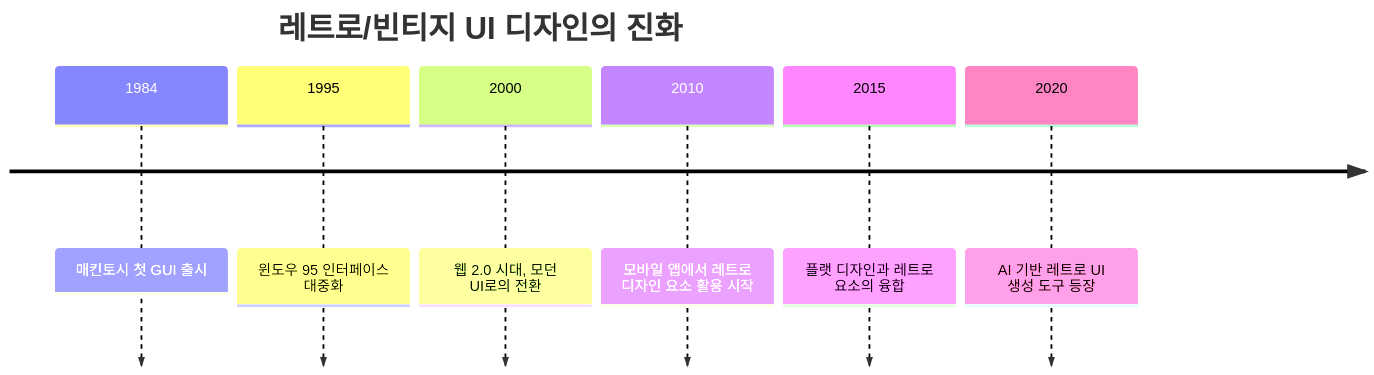
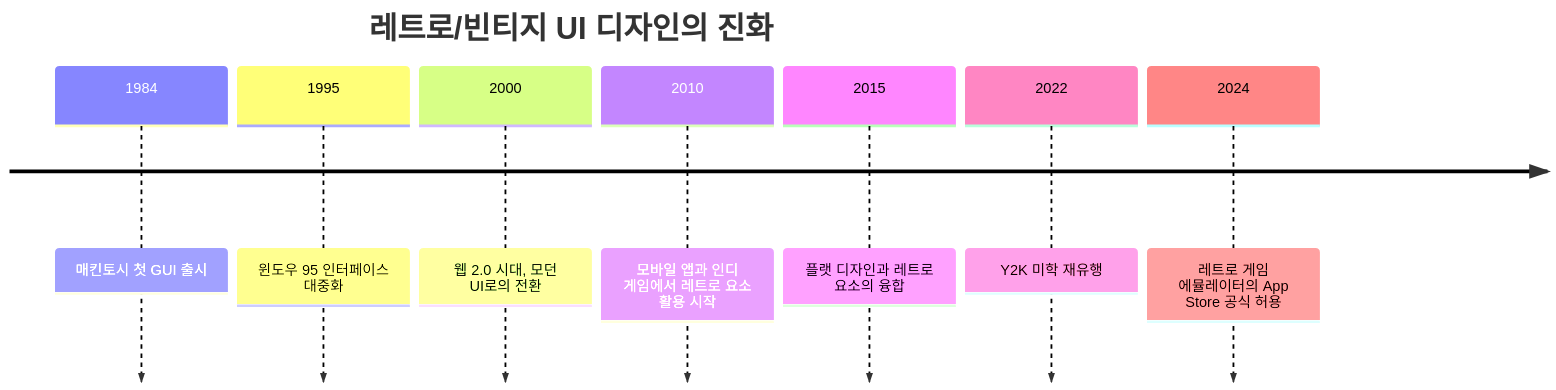
One commit to saejinpark/saejinpark.github.io changed the diagram in _posts/design/style/2024-08-25-retro_vintage.md. Above: the diagram before and after it, drawn with Mermaid. The commit also changed other lines of this file and 23 other files, not shown here.

```diff
--- a/_posts/design/style/2024-08-25-retro_vintage.md
+++ b/_posts/design/style/2024-08-25-retro_vintage.md
@@ -33,10 +39,11 @@
 <div class="mermaid">
 timeline
  title 레트로/빈티지 UI 디자인의 진화
  1984 : 매킨토시 첫 GUI 출시
  1995 : 윈도우 95 인터페이스 대중화
  2000 : 웹 2.0 시대, 모던 UI로의 전환
- 2010 : 모바일 앱에서 레트로 디자인 요소 활용 시작
+ 2010 : 모바일 앱과 인디 게임에서 레트로 요소 활용 시작
  2015 : 플랫 디자인과 레트로 요소의 융합
- 2020 : AI 기반 레트로 UI 생성 도구 등장
+ 2022 : Y2K 미학 재유행
+ 2024 : 레트로 게임 에뮬레이터의 App Store 공식 허용
 </div>
```
